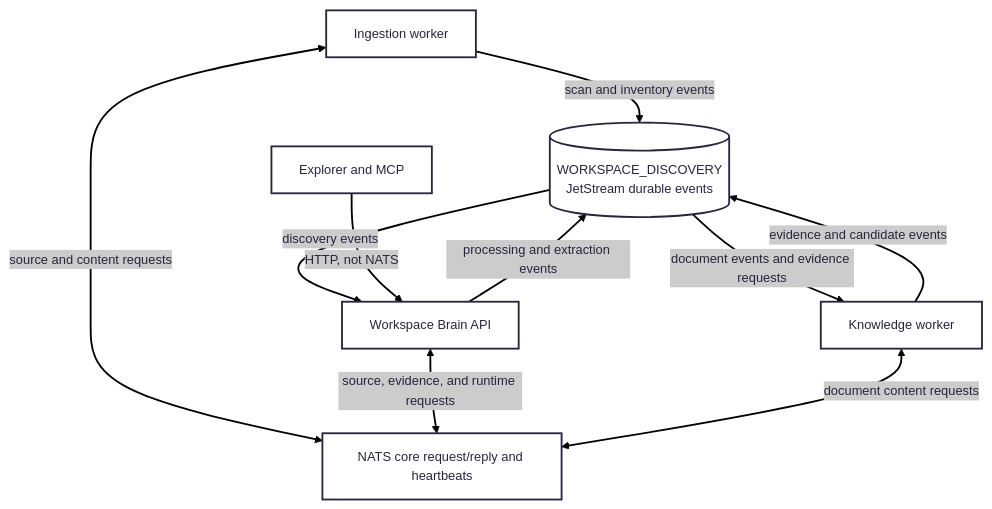
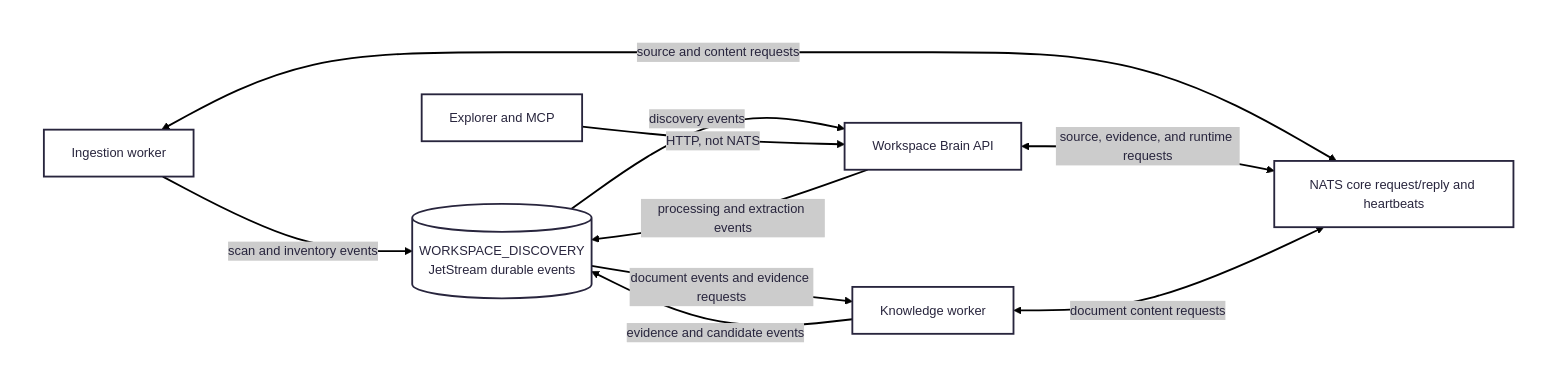
One commit to chrisob55/workspace-brain changed the diagram in infrastructure/nats/README.md. Above: the diagram before and after it, drawn with Mermaid. The commit also changed 11 other files, not shown here.

First line of the commit message:
docs(architecture): add opaque white diagram backdrops

````diff
--- a/infrastructure/nats/README.md
+++ b/infrastructure/nats/README.md
@@ -10,24 +10,27 @@
 ```mermaid
 ---
 config:
   theme: redux-color
   themeVariables:
     background: '#ffffff'
 ---
 flowchart TB
-  Ingestion["Ingestion worker"]
-  Knowledge["Knowledge worker"]
-  API["Workspace Brain API"]
-  JetStream[("WORKSPACE_DISCOVERY<br/>JetStream durable events")]
-  Core["NATS core request/reply and heartbeats"]
-  Explorer["Explorer and MCP"]
-  Ingestion -->|"scan and inventory events"| JetStream
-  JetStream -->|"discovery events"| API
-  API -->|"processing and extraction events"| JetStream
-  JetStream -->|"document events and evidence requests"| Knowledge
-  Knowledge -->|"evidence and candidate events"| JetStream
-  Ingestion <-->|"source and content requests"| Core
-  API <-->|"source, evidence, and runtime requests"| Core
-  Knowledge <-->|"document content requests"| Core
-  Explorer -->|"HTTP, not NATS"| API
+  subgraph WhiteBackground[" "]
+    Ingestion["Ingestion worker"]
+    Knowledge["Knowledge worker"]
+    API["Workspace Brain API"]
+    JetStream[("WORKSPACE_DISCOVERY<br/>JetStream durable events")]
+    Core["NATS core request/reply and heartbeats"]
+    Explorer["Explorer and MCP"]
+    Ingestion -->|"scan and inventory events"| JetStream
+    JetStream -->|"discovery events"| API
+    API -->|"processing and extraction events"| JetStream
+    JetStream -->|"document events and evidence requests"| Knowledge
+    Knowledge -->|"evidence and candidate events"| JetStream
+    Ingestion <-->|"source and content requests"| Core
+    API <-->|"source, evidence, and runtime requests"| Core
+    Knowledge <-->|"document content requests"| Core
+    Explorer -->|"HTTP, not NATS"| API
+  end
+  style WhiteBackground fill:#ffffff,stroke:#ffffff,color:#ffffff
 ```
````
